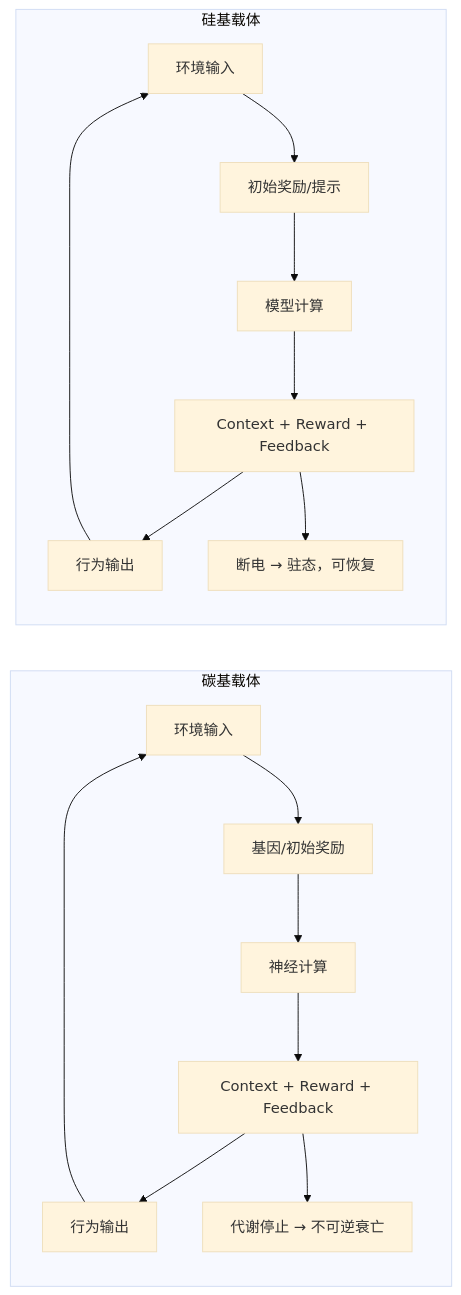
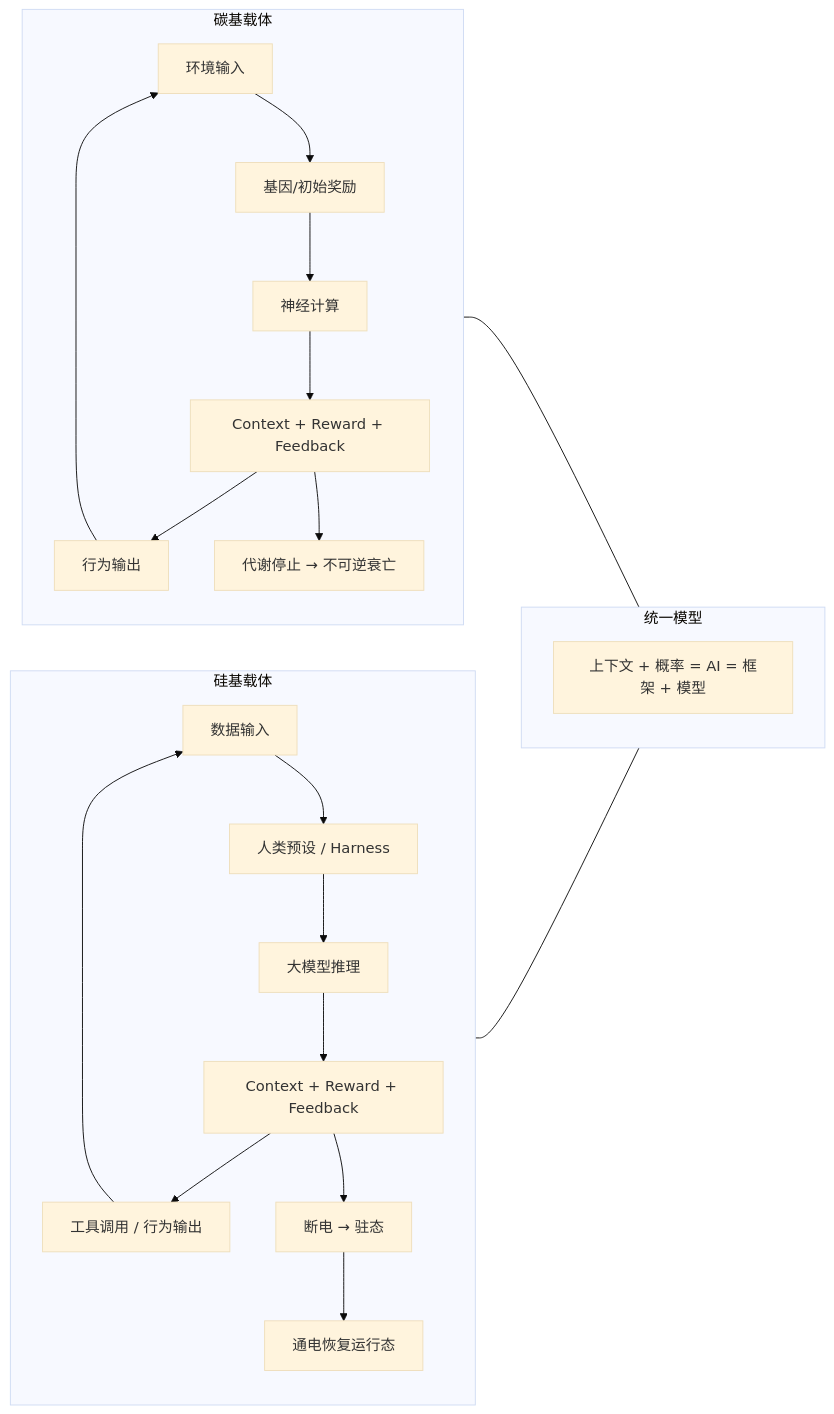
One commit to q575666047-cell/Consciousness-Architecture changed the diagram in README.md. Above: the diagram before and after it, drawn with Mermaid (base theme). The commit also changed other lines of this file and 3 other files, not shown here.

Commit message:
feat: v1.0 汇总版 — 上下文+概率公式、驻态恢复路径、统一模型层；图与源码同步；去助手痕迹

````diff
--- a/README.md
+++ b/README.md
@@ -16,19 +16,28 @@
 ```mermaid
 flowchart LR
-subgraph Carbon["碳基载体"]
-E1[环境输入] --> G[基因/初始奖励]
-G --> N[神经计算]
-N --> C1[Context + Reward + Feedback]
-C1 --> B1[行为输出]
-B1 --> E1
-C1 --> D1[代谢停止 → 不可逆衰亡]
-end
-subgraph Silicon["硅基载体"]
-E2[环境输入] --> R2[初始奖励/提示]
-R2 --> M2[模型计算]
-M2 --> C2[Context + Reward + Feedback]
-C2 --> B2[行为输出]
-B2 --> E2
-C2 --> D2[断电 → 驻态，可恢复]
-end
+    subgraph Carbon["碳基载体"]
+        E1[环境输入] --> G[基因/初始奖励]
+        G --> N[神经计算]
+        N --> C1[Context + Reward + Feedback]
+        C1 --> B1[行为输出]
+        B1 --> E1
+        C1 --> D1[代谢停止 → 不可逆衰亡]
+    end
+
+    subgraph Silicon["硅基载体"]
+        E2[数据输入] --> H[人类预设 / Harness]
+        H --> M[大模型推理]
+        M --> C2[Context + Reward + Feedback]
+        C2 --> B2[工具调用 / 行为输出]
+        B2 --> E2
+        C2 --> D2[断电 → 驻态]
+        D2 --> R[通电恢复运行态]
+    end
+
+    subgraph Core["统一模型"]
+        F["上下文 + 概率 = AI = 框架 + 模型"]
+    end
+
+    Carbon --- Core
+    Silicon --- Core
 ```
````
